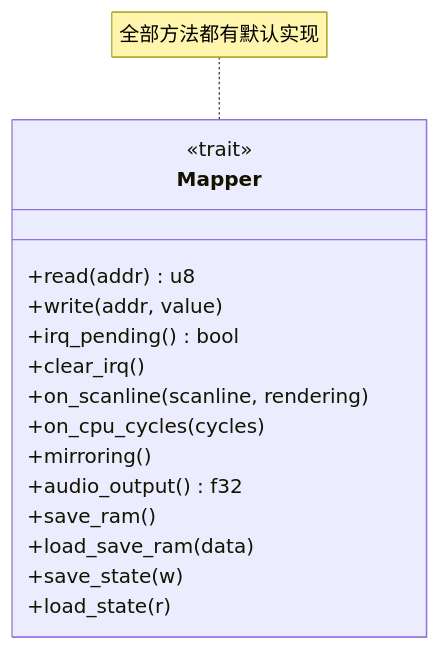
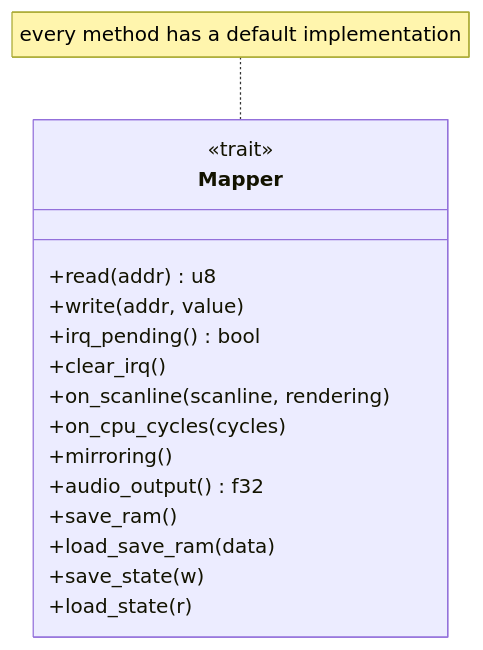
The seventh of 13 diagrams in docs/architecture.md (YufJi/nes-emulator), drawn with Mermaid before and after one commit. The commit also changed other lines of this file and 8 other files, not shown here.

````diff
--- a/docs/architecture.md
+++ b/docs/architecture.md
@@ -379,19 +406,19 @@
 ```mermaid
 classDiagram
     class Mapper {
         <<trait>>
         +read(addr) u8
         +write(addr, value)
         +irq_pending() bool
         +clear_irq()
         +on_scanline(scanline, rendering)
         +on_cpu_cycles(cycles)
         +mirroring()
         +audio_output() f32
         +save_ram()
         +load_save_ram(data)
         +save_state(w)
         +load_state(r)
     }
-    note for Mapper "全部方法都有默认实现"
+    note for Mapper "every method has a default implementation"
 ```
````
